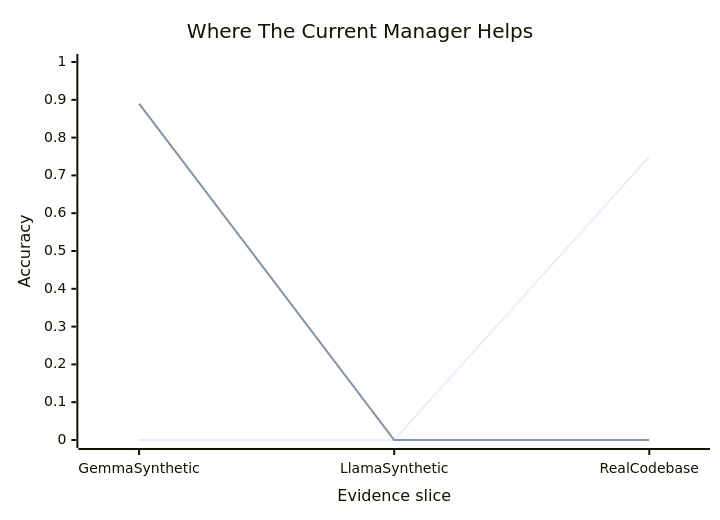
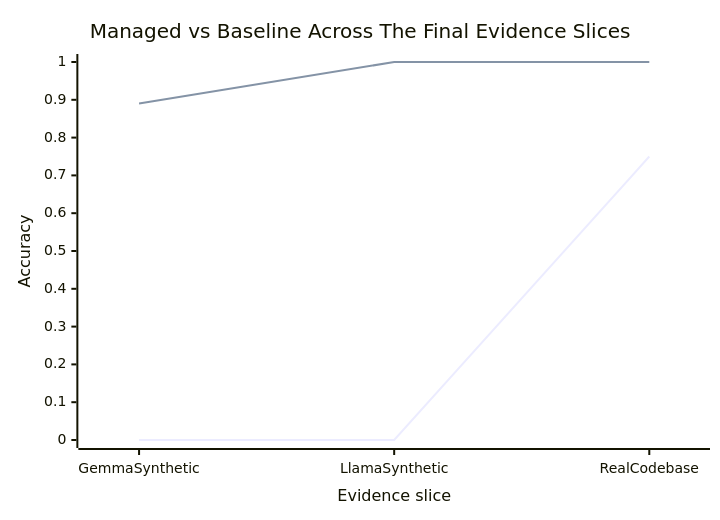
One commit to dylanler/latent-planning changed the sixth of 6 diagrams in README.md. Above: the diagram before and after it, drawn with Mermaid. The commit also changed other lines of this file and 10 other files, not shown here.

````diff
--- a/README.md
+++ b/README.md
@@ -235,8 +227,8 @@
 ```mermaid
 xychart-beta
-    title "Where The Current Manager Helps"
+    title "Managed vs Baseline Across The Final Evidence Slices"
     x-axis "Evidence slice" [GemmaSynthetic, LlamaSynthetic, RealCodebase]
     y-axis "Accuracy" 0 --> 1.0
     line "Baseline" [0.00, 0.00, 0.75]
-    line "Managed" [0.89, 0.00, 0.00]
+    line "Managed" [0.89, 1.00, 1.00]
 ```
````
